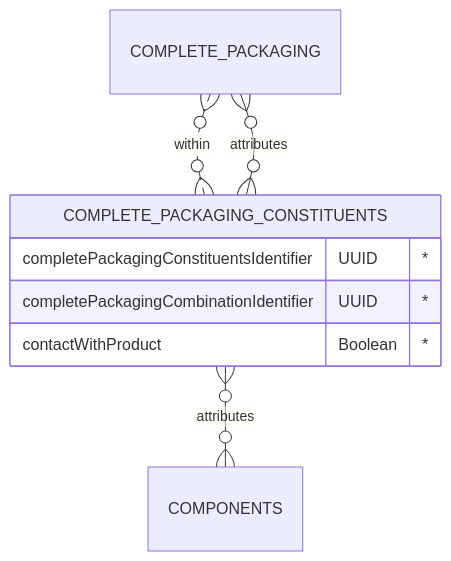
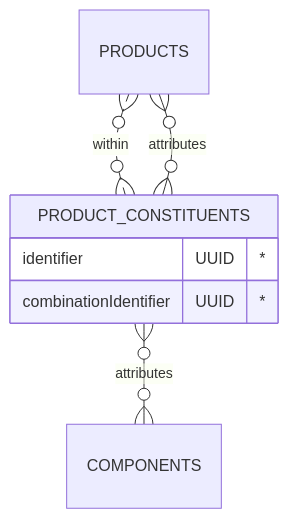
The diagram in docs/constituent-lists/product-constituents.md (OpenDataManchester/OSTFD), drawn with Mermaid before and after one commit. The commit also changed other lines of this file and 46 other files, not shown here.

````diff
--- a/docs/constituent-lists/product-constituents.md
+++ b/docs/constituent-lists/product-constituents.md
@@ -19,12 +18,11 @@
 ``` mermaid
 erDiagram
 
-  COMPLETE_PACKAGING }o..o{ COMPLETE_PACKAGING_CONSTITUENTS : within
-  COMPLETE_PACKAGING_CONSTITUENTS {
-    completePackagingConstituentsIdentifier UUID "*"
-    completePackagingCombinationIdentifier UUID "*"
-    contactWithProduct Boolean "*"
+  PRODUCTS }o..o{ PRODUCT_CONSTITUENTS : within
+  PRODUCT_CONSTITUENTS {
+    identifier UUID "*"
+    combinationIdentifier UUID "*"
   }
-  COMPLETE_PACKAGING_CONSTITUENTS }o--o{ COMPONENTS : attributes
-  COMPLETE_PACKAGING_CONSTITUENTS }o--o{ COMPLETE_PACKAGING : attributes
+  PRODUCT_CONSTITUENTS }o--o{ COMPONENTS : attributes
+  PRODUCT_CONSTITUENTS }o--o{ PRODUCTS : attributes
 ```
````
